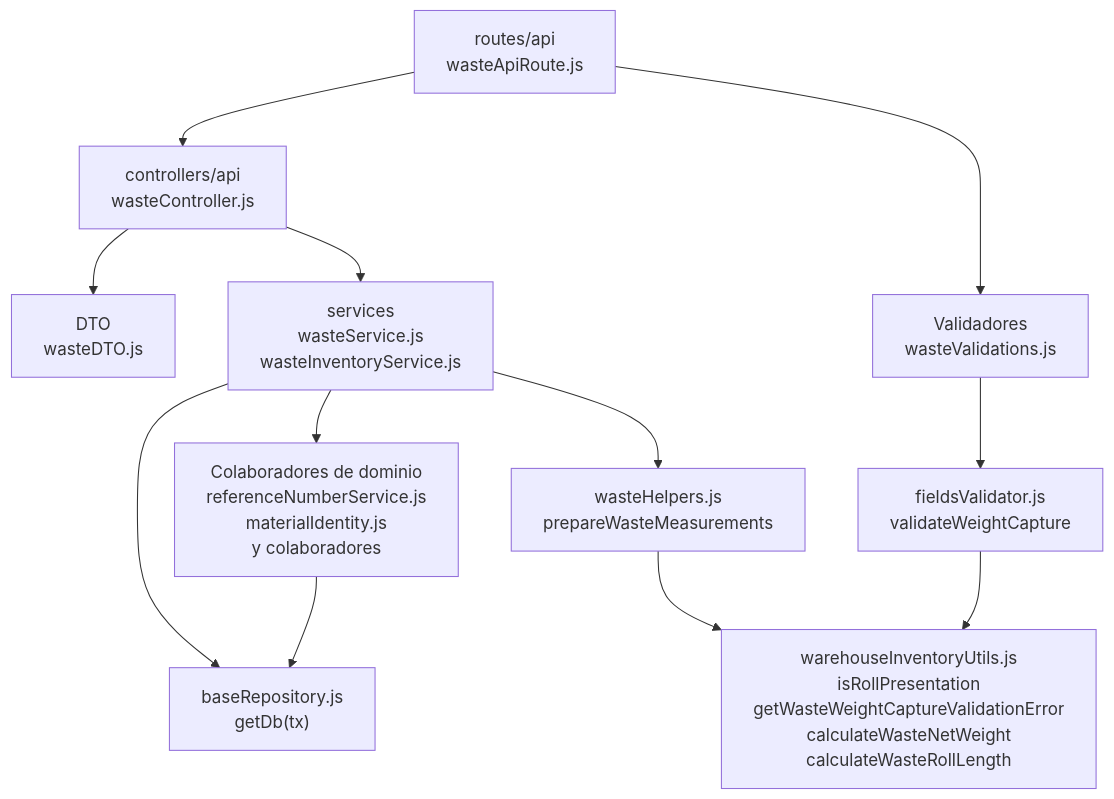
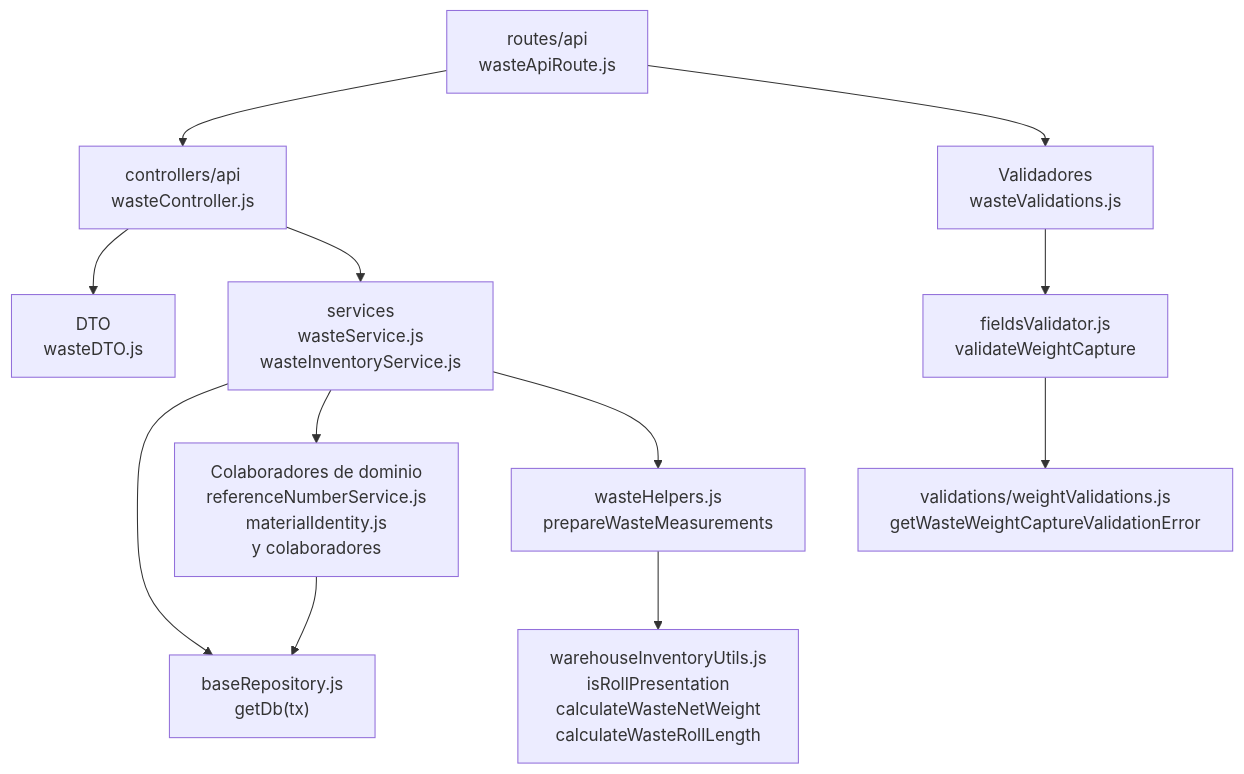
The diagram in docs/architecture/views/development/backend-technical-documentation/11-wastes-code.md (gpgsistemas01/nexus), drawn with Mermaid before and after one commit. The commit also changed other lines of this file and 21 other files, not shown here.

````diff
--- a/docs/architecture/views/development/backend-technical-documentation/11-wastes-code.md
+++ b/docs/architecture/views/development/backend-technical-documentation/11-wastes-code.md
@@ -7,24 +7,25 @@
 ```mermaid
 flowchart TB
     R["routes/api<br/>wasteApiRoute.js"]
     C["controllers/api<br/>wasteController.js"]
     S["services<br/>wasteService.js<br/>wasteInventoryService.js"]
     D["DTO<br/>wasteDTO.js"]
     X["Colaboradores de dominio<br/>referenceNumberService.js<br/>materialIdentity.js<br/>y colaboradores"]
     V["Validadores<br/>wasteValidations.js"]
     Fields["fieldsValidator.js<br/>validateWeightCapture"]
+    WeightValidation["validations/weightValidations.js<br/>getWasteWeightCaptureValidationError"]
     Measurements["wasteHelpers.js<br/>prepareWasteMeasurements"]
     P["baseRepository.js<br/>getDb(tx)"]
-    PresentationRule["warehouseInventoryUtils.js<br/>isRollPresentation<br/>getWasteWeightCaptureValidationError<br/>calculateWasteNetWeight<br/>calculateWasteRollLength"]
+    PresentationRule["warehouseInventoryUtils.js<br/>isRollPresentation<br/>calculateWasteNetWeight<br/>calculateWasteRollLength"]
     C --> D
     C --> S
     R --> C
     R --> V
     S --> P
     S --> X
     V --> Fields
-    Fields --> PresentationRule
+    Fields --> WeightValidation
     S --> Measurements
     Measurements --> PresentationRule
     X --> P
 ```
````
